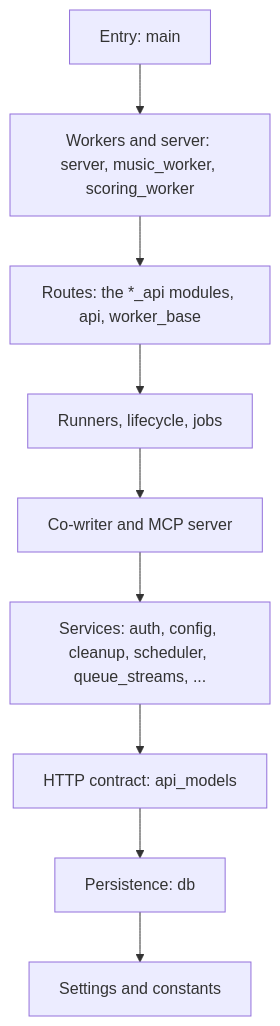
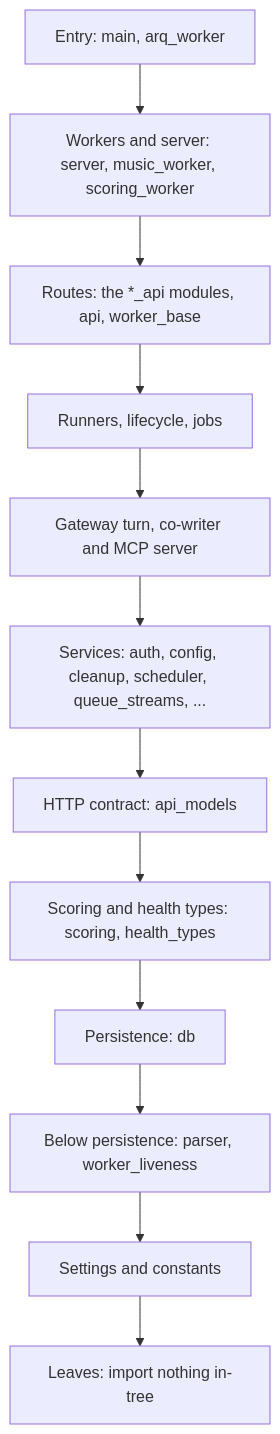
One commit to overnightworks/songmaker changed the diagram in docs/architecture.md. Above: the diagram before and after it, drawn with Mermaid. The commit also changed other lines of this file and 5 other files, not shown here.

````diff
--- a/docs/architecture.md
+++ b/docs/architecture.md
@@ -1337,13 +1337,16 @@
 ```mermaid
 flowchart TB
-    entry["Entry: main"]
+    entry["Entry: main, arq_worker"]
     workers["Workers and server: server, music_worker, scoring_worker"]
     routes["Routes: the *_api modules, api, worker_base"]
     runtime["Runners, lifecycle, jobs"]
-    ai["Co-writer and MCP server"]
+    ai["Gateway turn, co-writer and MCP server"]
     services["Services: auth, config, cleanup, scheduler, queue_streams, ..."]
     contract["HTTP contract: api_models"]
+    typed["Scoring and health types: scoring, health_types"]
     persistence["Persistence: db"]
+    below["Below persistence: parser, worker_liveness"]
     base["Settings and constants"]
-    entry --> workers --> routes --> runtime --> ai --> services --> contract --> persistence --> base
+    leaves["Leaves: import nothing in-tree"]
+    entry --> workers --> routes --> runtime --> ai --> services --> contract --> typed --> persistence --> below --> base --> leaves
 ```
````
